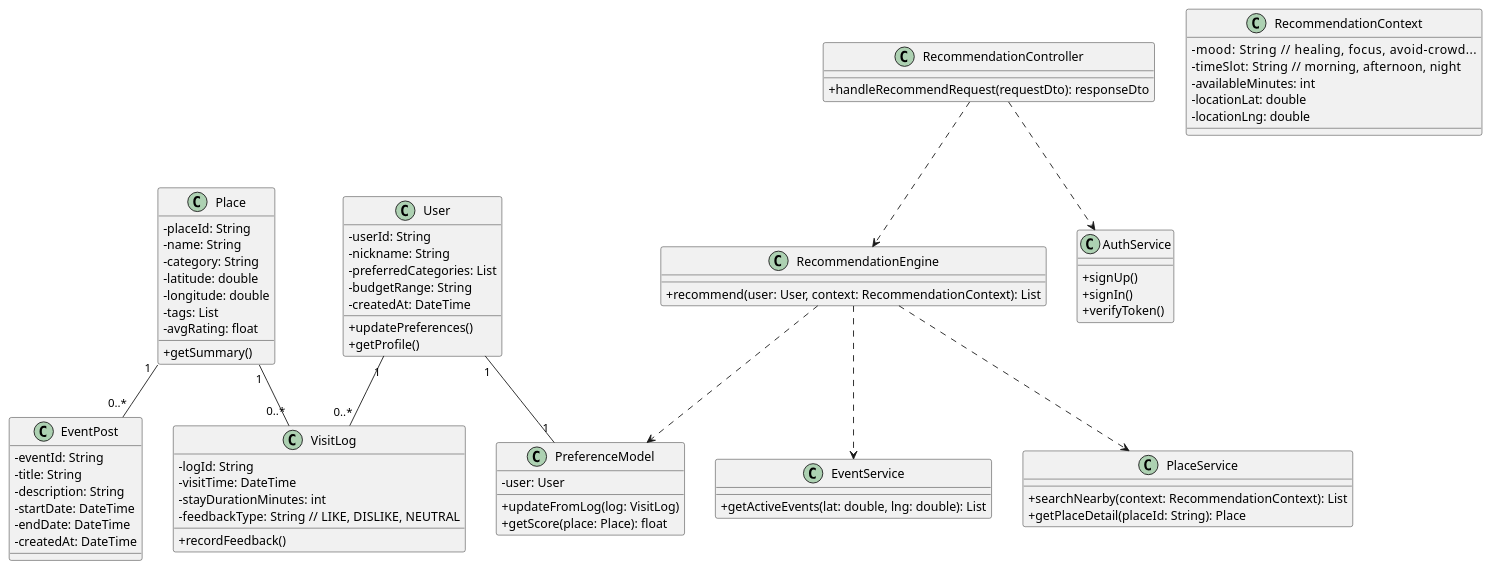
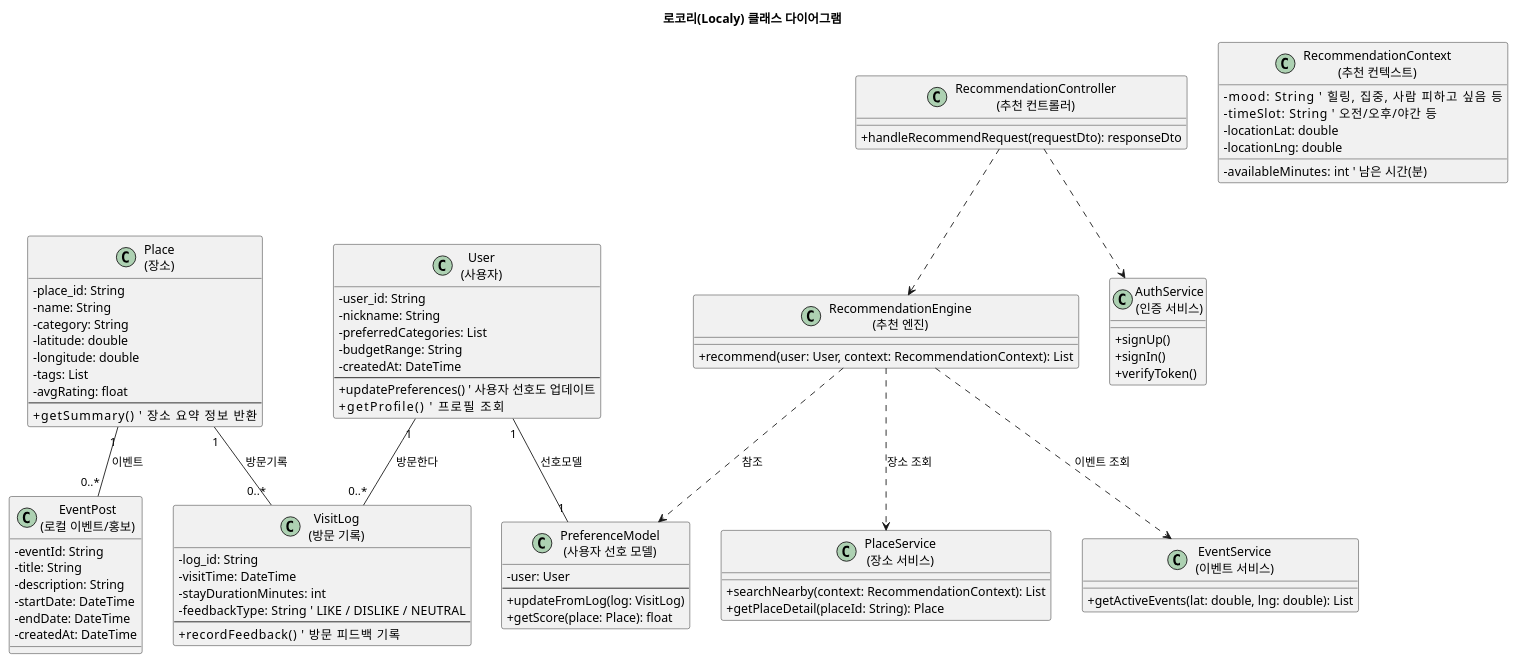
Before and after one commit to neoul-h/25-2: the diagram in Project Mangement/class.puml, drawn with PlantUML. The commit also changed 11 other files, not shown here.

```diff
--- a/Project Mangement/class.puml
+++ b/Project Mangement/class.puml
@@ -1,91 +1,100 @@
 @startuml
+skinparam defaultFontName "Apple SD Gothic Neo"
 skinparam classAttributeIconSize 0
+skinparam shadowing false
 
-class User {
-  - userId: String
+title 로코리(Localy) 클래스 다이어그램
+
+class User as "User\n(사용자)" {
+  - user_id: String
   - nickname: String
   - preferredCategories: List
   - budgetRange: String
   - createdAt: DateTime
-  + updatePreferences()
-  + getProfile()
+  --
+  + updatePreferences()  ' 사용자 선호도 업데이트
+  + getProfile()         ' 프로필 조회
 }
 
-class Place {
-  - placeId: String
+class Place as "Place\n(장소)" {
+  - place_id: String
   - name: String
   - category: String
   - latitude: double
   - longitude: double
   - tags: List
   - avgRating: float
-  + getSummary()
+  --
+  + getSummary()         ' 장소 요약 정보 반환
 }
 
-class VisitLog {
-  - logId: String
+class VisitLog as "VisitLog\n(방문 기록)" {
+  - log_id: String
   - visitTime: DateTime
   - stayDurationMinutes: int
-  - feedbackType: String  // LIKE, DISLIKE, NEUTRAL
-  + recordFeedback()
+  - feedbackType: String   ' LIKE / DISLIKE / NEUTRAL
+  --
+  + recordFeedback()       ' 방문 피드백 기록
 }
 
-class PreferenceModel {
+class PreferenceModel as "PreferenceModel\n(사용자 선호 모델)" {
   - user: User
+  --
   + updateFromLog(log: VisitLog)
   + getScore(place: Place): float
 }
 
-class EventPost {
+class EventPost as "EventPost\n(로컬 이벤트/홍보)" {
   - eventId: String
   - title: String
   - description: String
   - startDate: DateTime
   - endDate: DateTime
   - createdAt: DateTime
 }
 
-class RecommendationContext {
-  - mood: String        // healing, focus, avoid-crowd...
-  - timeSlot: String    // morning, afternoon, night
-  - availableMinutes: int
+class RecommendationContext as "RecommendationContext\n(추천 컨텍스트)" {
+  - mood: String           ' 힐링, 집중, 사람 피하고 싶음 등
+  - timeSlot: String       ' 오전/오후/야간 등
+  - availableMinutes: int  ' 남은 시간(분)
   - locationLat: double
   - locationLng: double
 }
 
-class RecommendationEngine {
+class RecommendationEngine as "RecommendationEngine\n(추천 엔진)" {
   + recommend(user: User, context: RecommendationContext): List
 }
 
-class AuthService {
+class AuthService as "AuthService\n(인증 서비스)" {
   + signUp()
   + signIn()
   + verifyToken()
 }
 
-class PlaceService {
+class PlaceService as "PlaceService\n(장소 서비스)" {
   + searchNearby(context: RecommendationContext): List
   + getPlaceDetail(placeId: String): Place
 }
 
-class EventService {
+class EventService as "EventService\n(이벤트 서비스)" {
   + getActiveEvents(lat: double, lng: double): List
 }
 
-class RecommendationController {
+class RecommendationController as "RecommendationController\n(추천 컨트롤러)" {
   + handleRecommendRequest(requestDto): responseDto
 }
 
-User "1" -- "0..*" VisitLog
-User "1" -- "1" PreferenceModel
-Place "1" -- "0..*" VisitLog
-Place "1" -- "0..*" EventPost
+User "1" -- "0..*" VisitLog : 방문한다
+User "1" -- "1" PreferenceModel : 선호모델
 
-RecommendationEngine ..> PreferenceModel
-RecommendationEngine ..> PlaceService
-RecommendationEngine ..> EventService
+Place "1" -- "0..*" VisitLog : 방문기록
+Place "1" -- "0..*" EventPost : 이벤트
+
+RecommendationEngine ..> PreferenceModel : 참조
+RecommendationEngine ..> PlaceService : 장소 조회
+RecommendationEngine ..> EventService : 이벤트 조회
 
 RecommendationController ..> RecommendationEngine
 RecommendationController ..> AuthService
 
 @enduml
```
